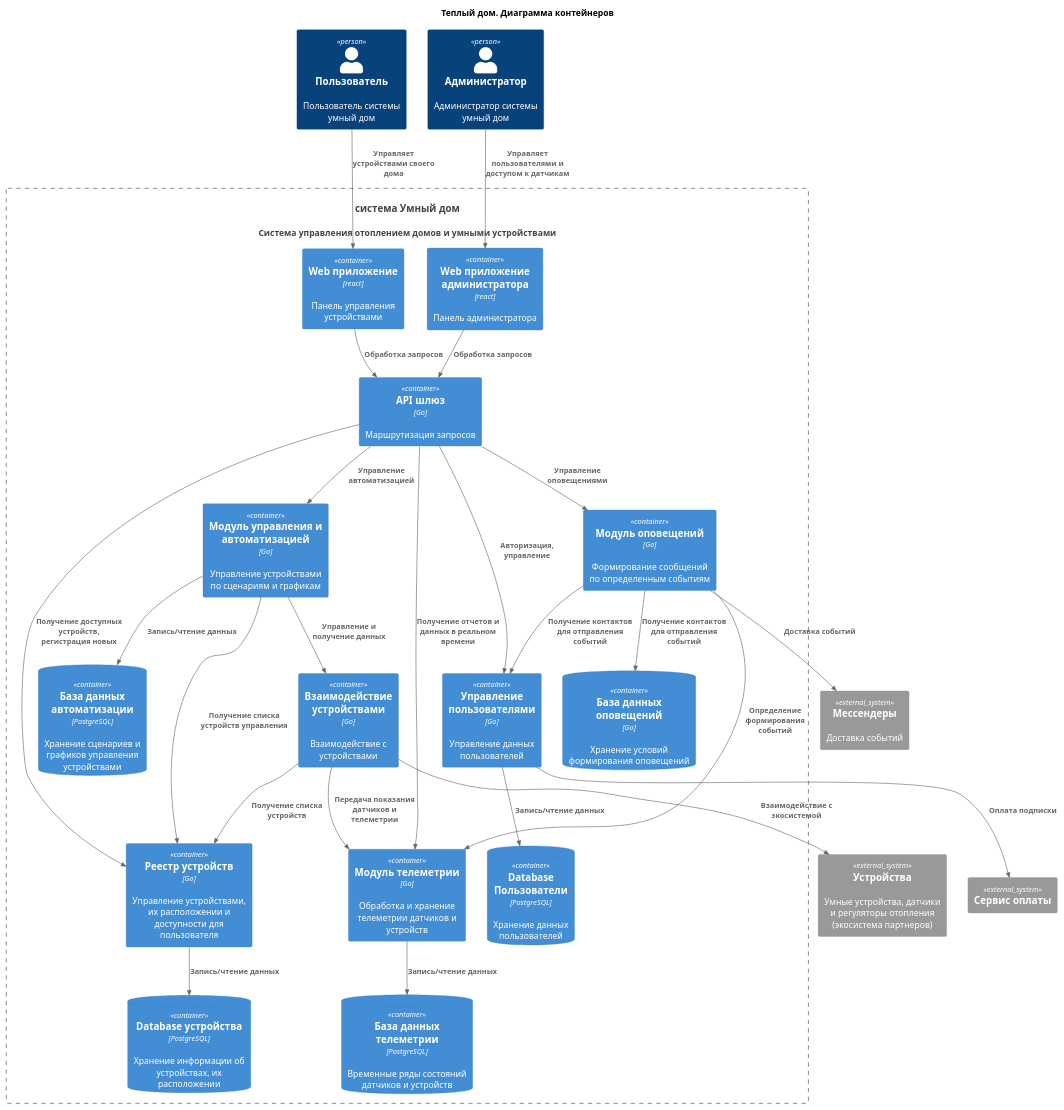
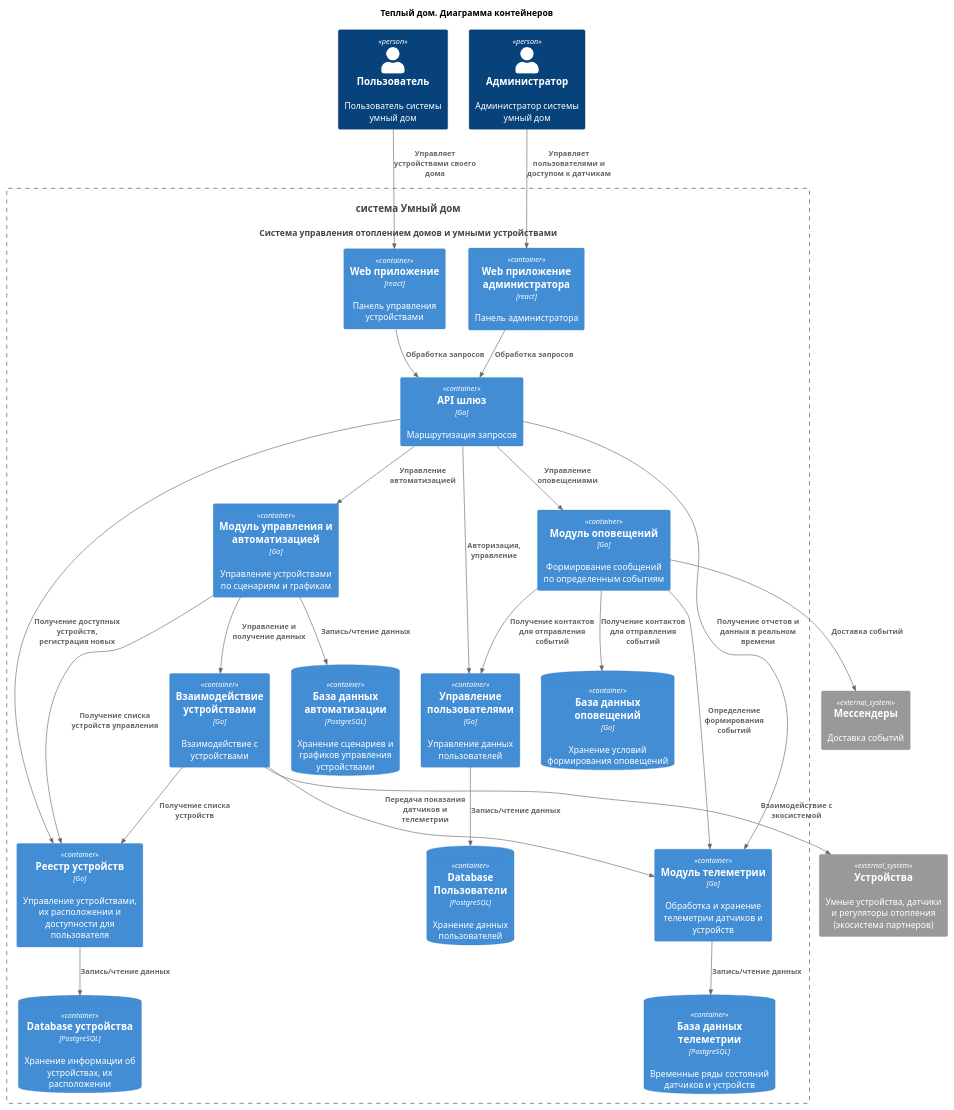
One commit to binaril/architecture-warmhouse changed the diagram in diagrams/C4.Containers.puml. Above: the diagram before and after it, drawn with PlantUML. The commit also changed 7 other files, not shown here.

```diff
--- a/diagrams/C4.Containers.puml
+++ b/diagrams/C4.Containers.puml
@@ -1,57 +1,55 @@
 @startuml
 title Теплый дом. Диаграмма контейнеров
 
 top to bottom direction
 
 !includeurl https://raw.githubusercontent.com/RicardoNiepel/C4-PlantUML/master/C4_Component.puml
 
 Person(user, "Пользователь", "Пользователь системы умный дом")
 Person(admin, "Администратор", "Администратор системы умный дом")
 System(SmartHouse, "система Умный дом", "Система управления отоплением домов и умными устройствами")
 
 Container_Boundary(SmartHouse, "FitLife System") {
   Container(WebApp, "Web приложение", "react", "Панель управления устройствами")
   Container(WebAppAdmin, "Web приложение администратора", "react", "Панель администратора")
   Container(GateWay, "API шлюз", "Go", "Маршрутизация запросов")
   Container(UserAccess, "Управление пользователями", "Go", "Управление данных пользователей")
   ContainerDb(UserAccessDb, "Database Пользователи", "PostgreSQL", "Хранение данных пользователей")
   Container(DeviceRepository, "Реестр устройств", "Go", "Управление устройствами, их расположении и доступности для пользователя")
   ContainerDb(DeviceRepositoryDb, "Database устройства", "PostgreSQL", "Хранение информации об устройствах, их расположении")
   Container(Automatic, "Модуль управления и автоматизацией", "Go", "Управление устройствами по сценариям и графикам")
   ContainerDb(AutomaticDb, "База данных автоматизации", "PostgreSQL", "Хранение сценариев и графиков управления устройствами")
   Container(Notification, "Модуль оповещений", "Go", "Формирование сообщений по определенным событиям")
   ContainerDb(NotificationDb, "База данных оповещений", "Go", "Хранение условий формирования оповещений")
   Container(Telemetry, "Модуль телеметрии", "Go", "Обработка и хранение телеметрии датчиков и устройств")
   ContainerDb(TelemetryDatabase, "База данных телеметрии", "PostgreSQL", "Временные ряды состояний датчиков и устройств")
   Container(DeviceControl, "Взаимодействие устройствами", "Go", "Взаимодействие с устройствами")    
 }
 
-System_Ext(PaidService, "Сервис оплаты", "")
 System_Ext(SmartDevice, "Устройства", "Умные устройства, датчики и регуляторы отопления (экосистема партнеров)")
 System_Ext(Messengers, "Мессендеры", "Доставка событий")
 
 Rel(user, WebApp, "Управляет устройствами своего дома")
 Rel(admin, WebAppAdmin,"Управляет пользователями и доступом к датчикам")
 Rel(WebApp, GateWay, "Обработка запросов")
 Rel(WebAppAdmin, GateWay, "Обработка запросов")
 Rel(GateWay, UserAccess, "Авторизация, управление")
 Rel(GateWay, Telemetry, "Получение отчетов и данных в реальном времени")
 Rel(GateWay, Automatic, "Управление автоматизацией")
 Rel(GateWay, Notification, "Управление оповещениями")
 Rel(GateWay, DeviceRepository, "Получение доступных устройств, регистрация новых")
 Rel(UserAccess, UserAccessDb, "Запись/чтение данных")
-Rel(UserAccess, PaidService, "Оплата подписки")
 Rel(Telemetry,TelemetryDatabase,"Запись/чтение данных")
 Rel(Automatic, AutomaticDb, "Запись/чтение данных")
 Rel(Automatic, DeviceRepository, "Получение списка устройств управления")
 Rel(Automatic, DeviceControl, "Управление и получение данных")
 Rel(Notification, Telemetry, "Определение формирования событий")
 Rel(Notification, Messengers, "Доставка событий")
 Rel(Notification, UserAccess, "Получение контактов для отправления событий")
 Rel(Notification, NotificationDb, "Получение контактов для отправления событий")
 Rel(DeviceControl, DeviceRepository, "Получение списка устройств")
 Rel(DeviceControl, Telemetry, "Передача показания датчиков и телеметрии")
 Rel(DeviceControl,SmartDevice,"Взаимодействие с экосистемой")
 Rel(DeviceRepository, DeviceRepositoryDb, "Запись/чтение данных")
 
 @enduml
```
